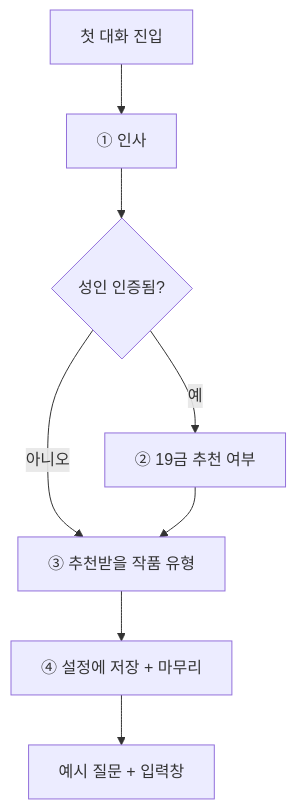
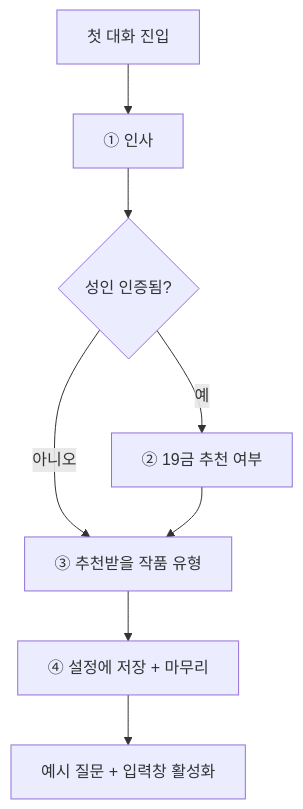
One commit to Team-STORIX/STORIX-AI changed the diagram in docs/onboarding.md. Above: the diagram before and after it, drawn with Mermaid. The commit also changed other lines of this file and 9 other files, not shown here.

````diff
--- a/docs/onboarding.md
+++ b/docs/onboarding.md
@@ -5,10 +7,10 @@
 ```mermaid
 flowchart TD
   A["첫 대화 진입"] --> B["① 인사"]
   B --> C{"성인 인증됨?"}
   C -- 예 --> D["② 19금 추천 여부"]
   C -- 아니오 --> E
   D --> E["③ 추천받을 작품 유형"]
   E --> F["④ 설정에 저장 + 마무리"]
-  F --> G["예시 질문 + 입력창"]
+  F --> G["예시 질문 + 입력창 활성화"]
 ```
````
